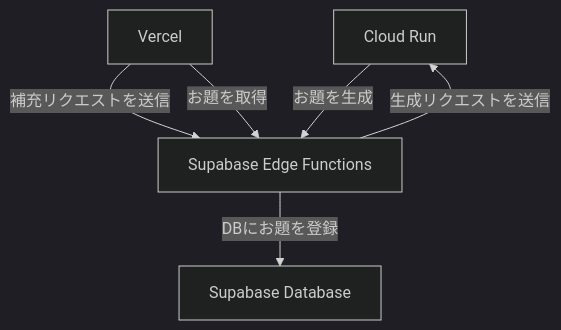
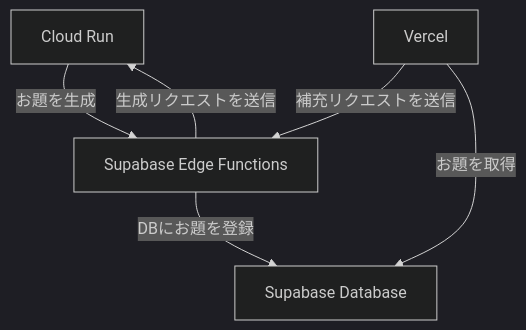
One commit to Tanaka-Junsei/ogirin changed the diagram in README.md. Above: the diagram before and after it, drawn with Mermaid (dark theme).

Commit message:
修正

````diff
--- a/README.md
+++ b/README.md
@@ -14,12 +14,12 @@
 ```mermaid
 flowchart TB
   node_1["Cloud Run"]
   node_2["Supabase Edge Functions"]
   node_3["Supabase Database"]
   node_4["Vercel"]
   node_4 --"補充リクエストを送信"--> node_2
   node_2 --"生成リクエストを送信"--> node_1
   node_1 --"お題を生成"--> node_2
   node_2 --"DBにお題を登録"--> node_3
-  node_4 --"お題を取得"--> node_2
+  node_4 --"お題を取得"--> node_3
 ```
````
